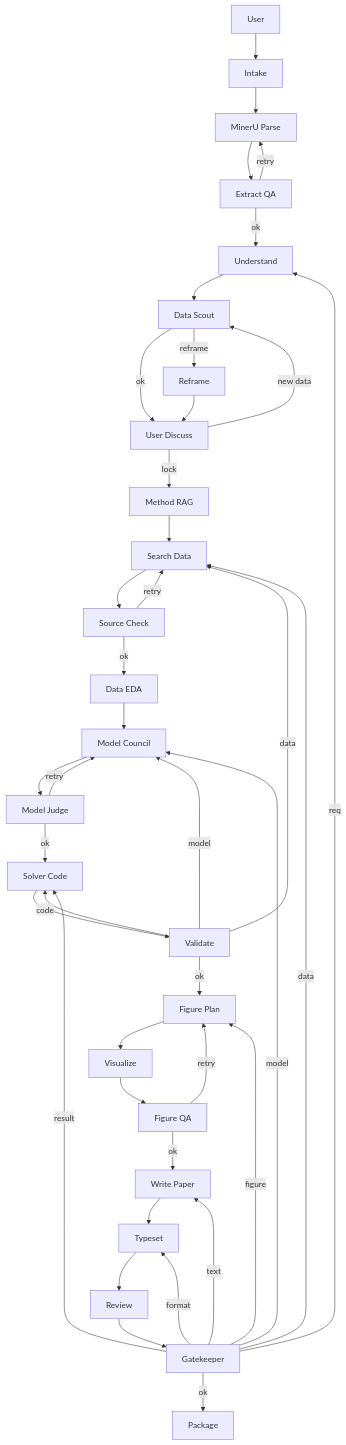
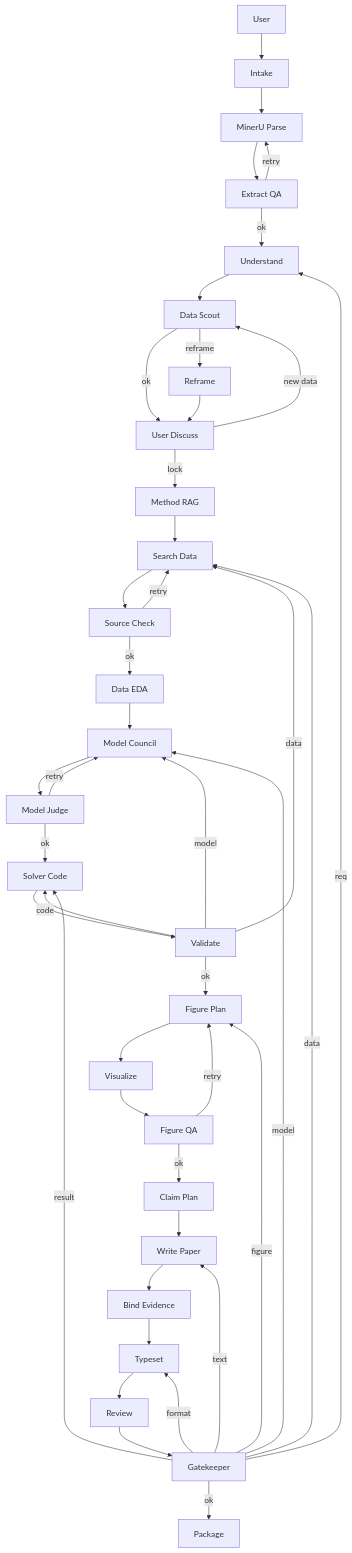
One commit to jsyzlbw/MCM-ICM-Agent changed the diagram in docs/AGENT_TOPOLOGY.md. Above: the diagram before and after it, drawn with Mermaid. The commit also changed other lines of this file and 4 other files, not shown here.

````diff
--- a/docs/AGENT_TOPOLOGY.md
+++ b/docs/AGENT_TOPOLOGY.md
@@ -19,51 +19,53 @@
 ```mermaid
 flowchart TD
     U["User"] --> I["Intake"]
     I --> M["MinerU Parse"]
     M --> EQ["Extract QA"]
 
     EQ -->|retry| M
     EQ -->|ok| PU["Understand"]
 
     PU --> DFS["Data Scout"]
     DFS -->|ok| UD["User Discuss"]
     DFS -->|reframe| RR["Reframe"]
     RR --> UD
 
     UD -->|new data| DFS
     UD -->|lock| MR["Method RAG"]
     MR --> SD["Search Data"]
     SD --> SV["Source Check"]
 
     SV -->|retry| SD
     SV -->|ok| EDA["Data EDA"]
 
     EDA --> MC["Model Council"]
     MC --> MJ["Model Judge"]
     MJ -->|retry| MC
     MJ -->|ok| SC["Solver Code"]
 
     SC --> VG["Validate"]
     VG -->|code| SC
     VG -->|data| SD
     VG -->|model| MC
     VG -->|ok| FP["Figure Plan"]
 
     FP --> VIZ["Visualize"]
     VIZ --> FQ["Figure QA"]
     FQ -->|retry| FP
-    FQ -->|ok| PW["Write Paper"]
+    FQ -->|ok| CP["Claim Plan"]
 
-    PW --> TS["Typeset"]
+    CP --> PW["Write Paper"]
+    PW --> PEB["Bind Evidence"]
+    PEB --> TS["Typeset"]
     TS --> PR["Review"]
     PR --> FG["Gatekeeper"]
 
     FG -->|req| PU
     FG -->|model| MC
     FG -->|data| SD
     FG -->|result| SC
     FG -->|figure| FP
     FG -->|text| PW
     FG -->|format| TS
     FG -->|ok| SP["Package"]
 ```
````
